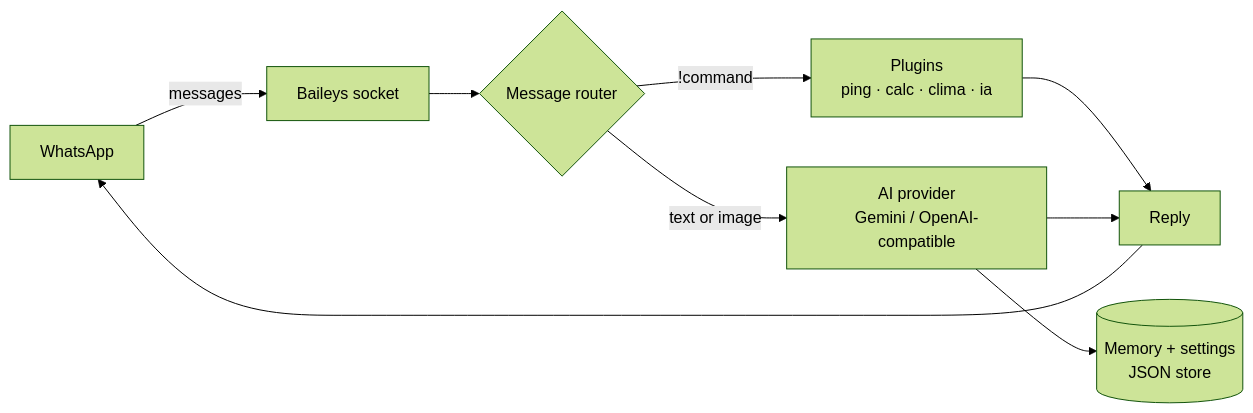
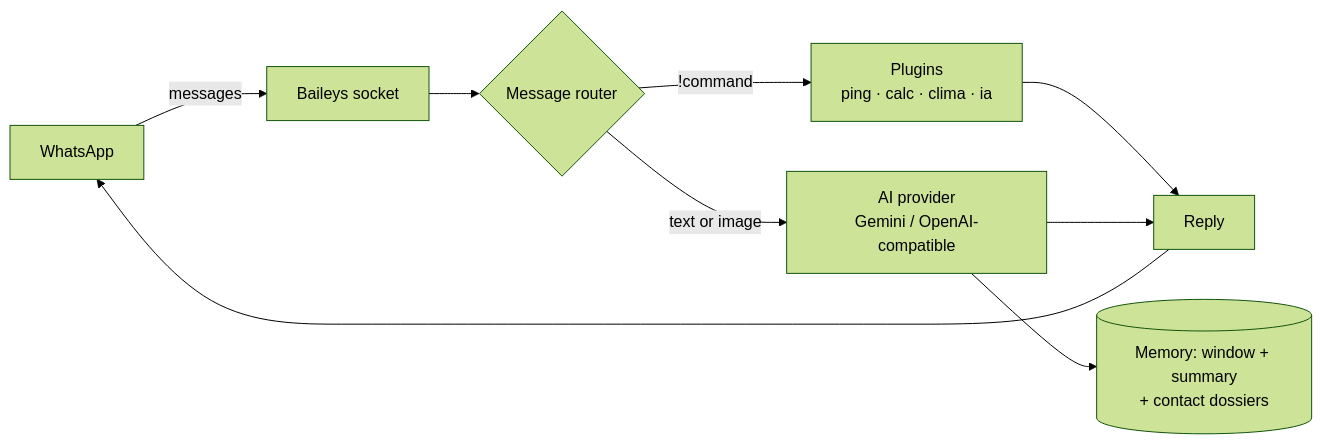
One commit to 987rafa/whatsapp-ai-agent changed the diagram in README.md. Above: the diagram before and after it, drawn with Mermaid (forest theme). The commit also changed other lines of this file and 17 other files, not shown here.

````diff
--- a/README.md
+++ b/README.md
@@ -119,11 +144,11 @@
 ```mermaid
 flowchart LR
     WA[WhatsApp] -->|messages| B[Baileys socket]
     B --> R{Message router}
     R -->|"!command"| P[Plugins<br/>ping · calc · clima · ia]
     R -->|text or image| A[AI provider<br/>Gemini / OpenAI-compatible]
-    A --> M[(Memory + settings<br/>JSON store)]
+    A --> M[(Memory: window + summary<br/>+ contact dossiers)]
     P --> O[Reply]
     A --> O
     O --> WA
 ```
````
